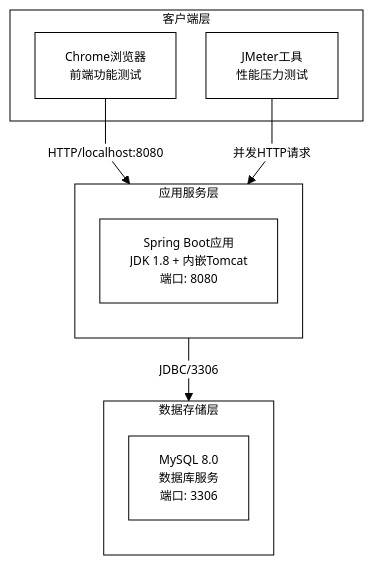
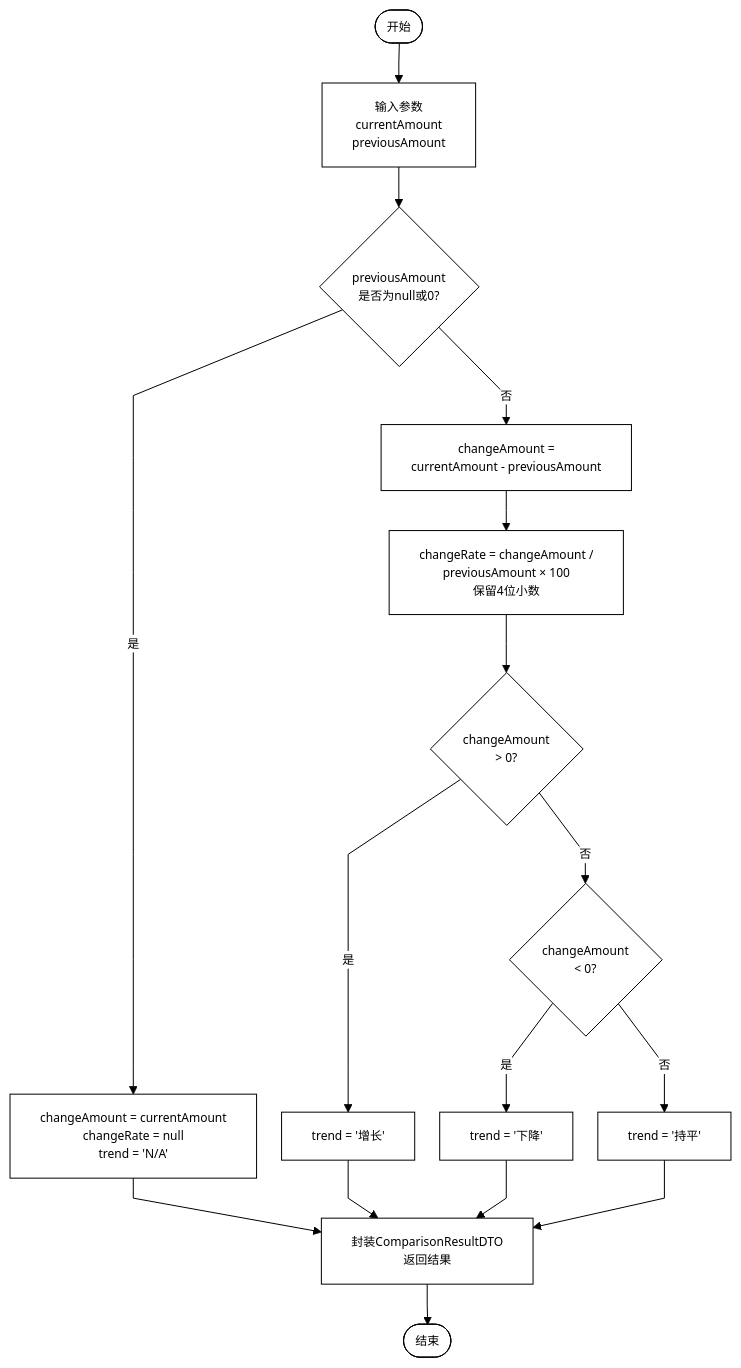
One commit to C1010wj/iodraw-files changed the diagram in all/未命名-2.md. Above: the diagram before and after it, drawn with Mermaid.

Commit message:
2026-05-06 15:17:14 update

````diff
--- a/all/未命名-2.md
+++ b/all/未命名-2.md
@@ -1,42 +1,43 @@
 ```mermaid
 %%{init: {
     'theme': 'base',
     'themeVariables': {
         'primaryColor': '#ffffff',
         'primaryTextColor': '#000000',
         'primaryBorderColor': '#000000',
         'lineColor': '#000000',
         'secondaryColor': '#ffffff',
         'tertiaryColor': '#ffffff',
-        'clusterBkg': '#ffffff',
-        'clusterBorder': '#000000',
         'fontSize': '12px'
     },
     'flowchart': {
-        'rankSpacing': 45,
-        'nodeSpacing': 30,
+        'rankSpacing': 40,
+        'nodeSpacing': 25,
         'curve': 'linear',
         'useMaxWidth': true,
         'maxWidth': 140
     }
 }}%%
-flowchart TB
-    subgraph 客户端层
-        B1[Chrome浏览器<br/>前端功能测试]
-        B2[JMeter工具<br/>性能压力测试]
-    end
+flowchart TD
+    Start([开始]) --> Input[输入参数<br/>currentAmount<br/>previousAmount]
+    Input --> Check{previousAmount<br/>是否为null或0?}
     
-    subgraph 应用服务层
-        direction TB
-        APP[Spring Boot应用<br/>JDK 1.8 + 内嵌Tomcat<br/>端口: 8080]
-    end
+    Check -->|是| Result1[changeAmount = currentAmount<br/>changeRate = null<br/>trend = 'N/A']
+    Check -->|否| Calc1[changeAmount =<br/>currentAmount - previousAmount]
     
-    subgraph 数据存储层
-        direction TB
-        DB[MySQL 8.0<br/>数据库服务<br/>端口: 3306]
-    end
+    Calc1 --> Calc2[changeRate = changeAmount /<br/>previousAmount × 100<br/>保留4位小数]
+    Calc2 --> Judge{changeAmount<br/>> 0?}
     
-    B1 -->|HTTP/localhost:8080| APP
-    B2 -->|并发HTTP请求| APP
-    APP -->|JDBC/3306| DB
+    Judge -->|是| Result2[trend = '增长']
+    Judge -->|否| Judge2{changeAmount<br/>< 0?}
+    
+    Judge2 -->|是| Result3[trend = '下降']
+    Judge2 -->|否| Result4[trend = '持平']
+    
+    Result1 --> Return[封装ComparisonResultDTO<br/>返回结果]
+    Result2 --> Return
+    Result3 --> Return
+    Result4 --> Return
+    
+    Return --> End([结束])
 ```
````
